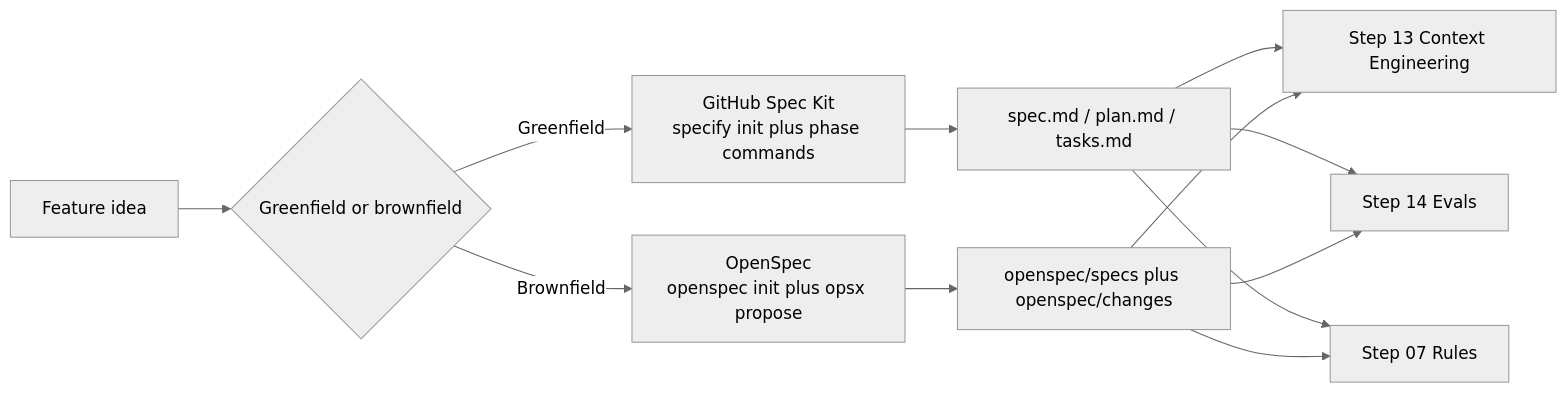
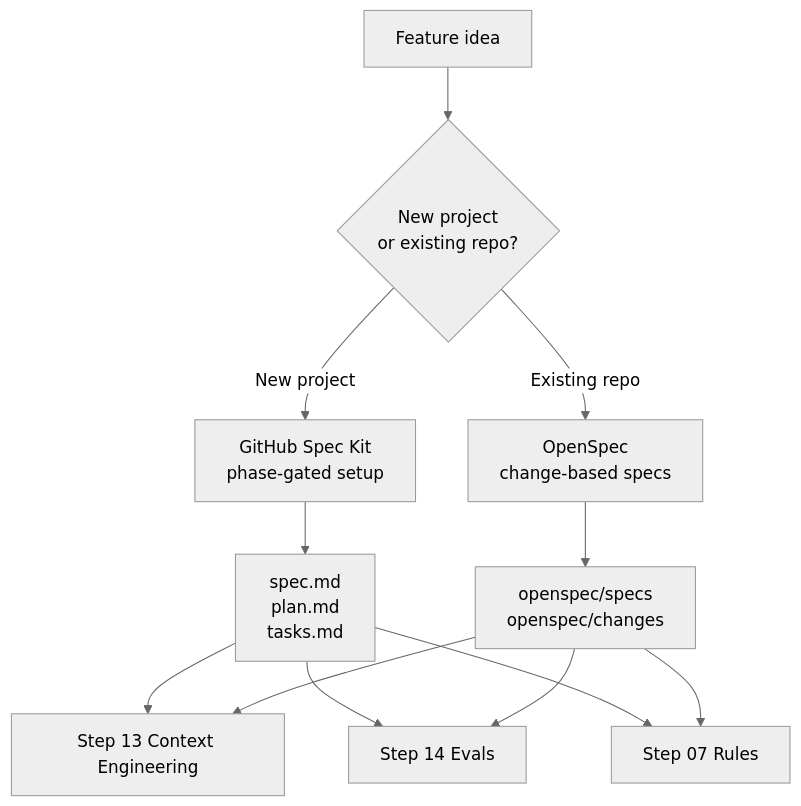
The second of 2 diagrams in steps/13.5-spec-driven-development.md (Isfhan/learn-agentic-coding), drawn with Mermaid (neutral theme) before and after one commit. The commit also changed 25 other files, not shown here.

````diff
--- a/steps/13.5-spec-driven-development.md
+++ b/steps/13.5-spec-driven-development.md
@@ -210,14 +210,14 @@
 ```mermaid
-flowchart LR
-    Idea[Feature idea] --> Choose{Greenfield or brownfield}
-    Choose -->|Greenfield| SpecKit[GitHub Spec Kit<br/>specify init plus phase commands]
-    Choose -->|Brownfield| OpenSpec[OpenSpec<br/>openspec init plus opsx propose]
-    SpecKit --> Spec[spec.md / plan.md / tasks.md]
-    OpenSpec --> Spec2[openspec/specs plus openspec/changes]
+flowchart TD
+    Idea[Feature idea] --> Choose{New project<br/>or existing repo?}
+    Choose -->|New project| SpecKit[GitHub Spec Kit<br/>phase-gated setup]
+    Choose -->|Existing repo| OpenSpec[OpenSpec<br/>change-based specs]
+    SpecKit --> Spec[spec.md<br/>plan.md<br/>tasks.md]
+    OpenSpec --> Spec2[openspec/specs<br/>openspec/changes]
     Spec --> Context[Step 13 Context Engineering]
     Spec2 --> Context
     Spec --> Evals[Step 14 Evals]
     Spec2 --> Evals
     Spec --> Rules[Step 07 Rules]
     Spec2 --> Rules
 ```
````
